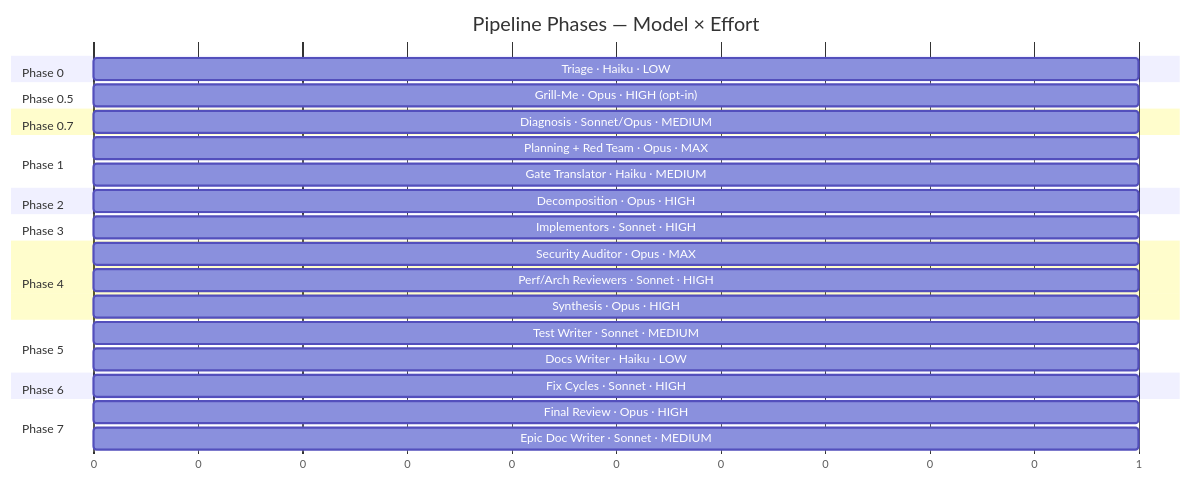
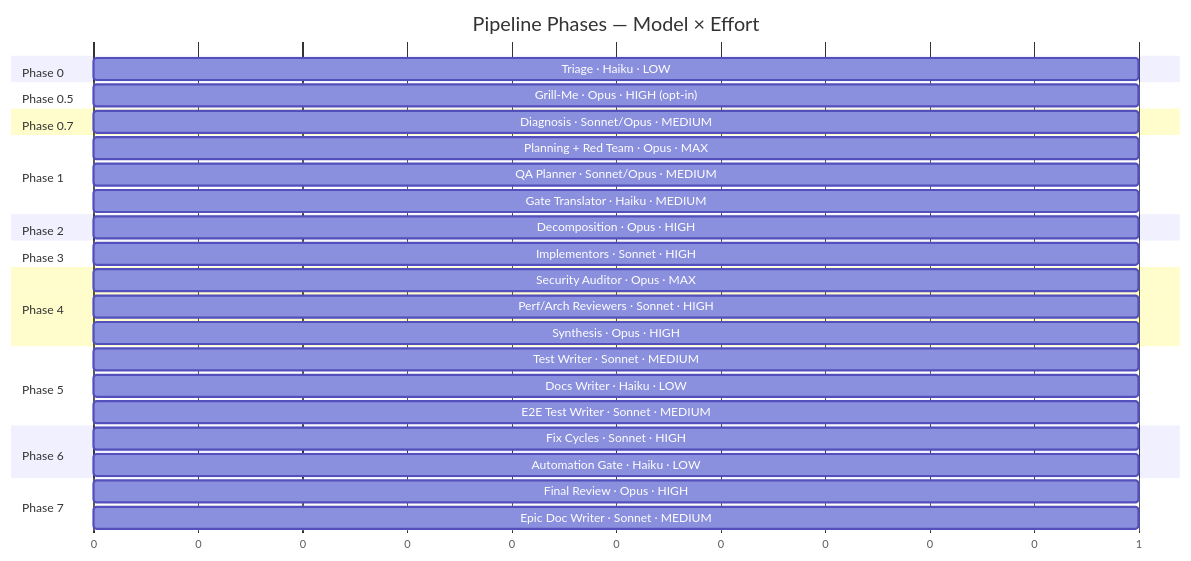
One commit to RahulSunnyCS/sentryfront changed the second of 14 diagrams in docs/CLAUDE_WORKFLOW.md. Above: the diagram before and after it, drawn with Mermaid. The commit also changed other lines of this file and 4 other files, not shown here.

````diff
--- a/docs/CLAUDE_WORKFLOW.md
+++ b/docs/CLAUDE_WORKFLOW.md
@@ -80,32 +89,35 @@
 ```mermaid
 gantt
     title Pipeline Phases — Model × Effort
     dateFormat X
     axisFormat %s
 
     section Phase 0
     Triage · Haiku · LOW              :0, 1
     section Phase 0.5
     Grill-Me · Opus · HIGH (opt-in)   :0, 1
     section Phase 0.7
     Diagnosis · Sonnet/Opus · MEDIUM  :0, 1
     section Phase 1
     Planning + Red Team · Opus · MAX  :0, 1
+    QA Planner · Sonnet/Opus · MEDIUM :0, 1
     Gate Translator · Haiku · MEDIUM  :0, 1
     section Phase 2
     Decomposition · Opus · HIGH       :0, 1
     section Phase 3
     Implementors · Sonnet · HIGH      :0, 1
     section Phase 4
     Security Auditor · Opus · MAX     :0, 1
     Perf/Arch Reviewers · Sonnet · HIGH :0, 1
     Synthesis · Opus · HIGH           :0, 1
     section Phase 5
     Test Writer · Sonnet · MEDIUM     :0, 1
     Docs Writer · Haiku · LOW         :0, 1
+    E2E Test Writer · Sonnet · MEDIUM :0, 1
     section Phase 6
     Fix Cycles · Sonnet · HIGH        :0, 1
+    Automation Gate · Haiku · LOW     :0, 1
     section Phase 7
     Final Review · Opus · HIGH        :0, 1
     Epic Doc Writer · Sonnet · MEDIUM :0, 1
 ```
````
